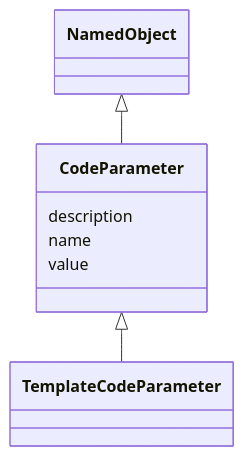
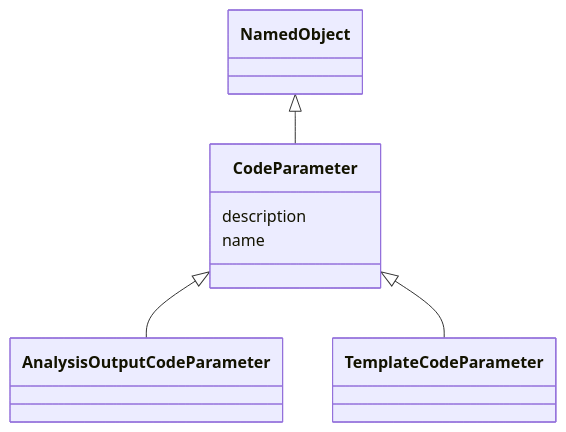
The diagram in project/docs/CodeParameter.md (cdisc-org/analysis-results-standard), drawn with Mermaid before and after one commit. The commit also changed other lines of this file and 281 other files, not shown here.

````diff
--- a/project/docs/CodeParameter.md
+++ b/project/docs/CodeParameter.md
@@ -14,17 +16,16 @@
 ```mermaid
  classDiagram
     class CodeParameter
       NamedObject <|-- CodeParameter
       
 
+      CodeParameter <|-- AnalysisOutputCodeParameter
       CodeParameter <|-- TemplateCodeParameter
       
       
       CodeParameter : description
         
       CodeParameter : name
         
-      CodeParameter : value
-        
       
 ```
````
